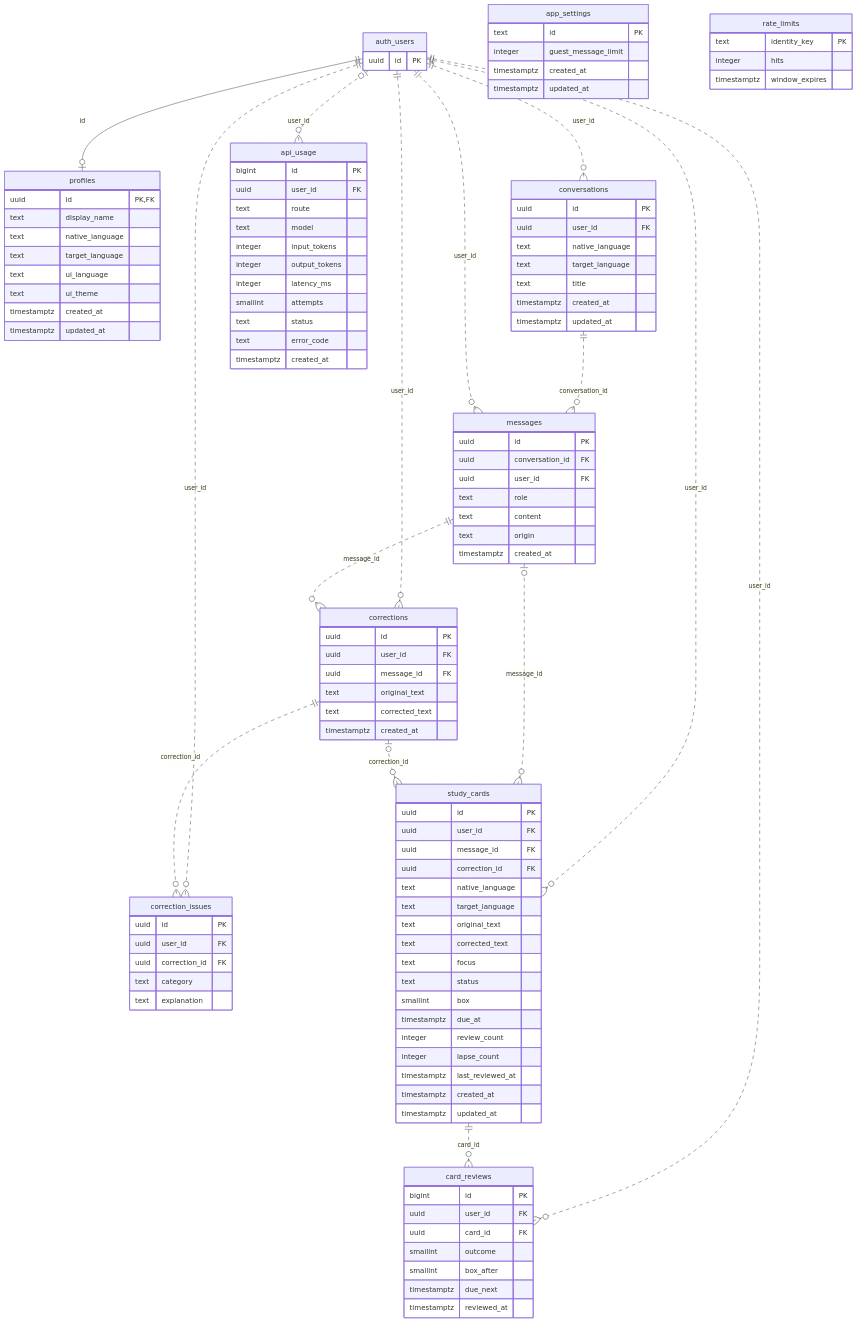
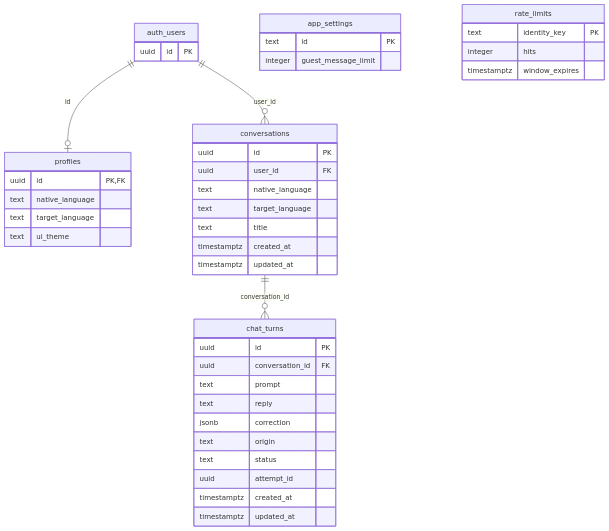
One commit to Yvesei/LangBot changed the sixth of 6 diagrams in README.md. Above: the diagram before and after it, drawn with Mermaid. The commit also changed other lines of this file and 24 other files, not shown here.

````diff
--- a/README.md
+++ b/README.md
@@ -259,25 +270,21 @@
     auth_users {
         uuid id PK
     }
-
+    profiles {
+        uuid id PK, FK
+        text native_language
+        text target_language
+        text ui_theme
+    }
     app_settings {
         text id PK
         integer guest_message_limit
-        timestamptz created_at
-        timestamptz updated_at
     }
-
-    profiles {
-        uuid id PK, FK
-        text display_name
-        text native_language
-        text target_language
-        text ui_language
-        text ui_theme
-        timestamptz created_at
-        timestamptz updated_at
+    rate_limits {
+        text identity_key PK
+        integer hits
+        timestamptz window_expires
     }
-
     conversations {
         uuid id PK
         uuid user_id FK
@@ -287,96 +294,19 @@
         timestamptz created_at
         timestamptz updated_at
     }
-
-    messages {
+    chat_turns {
         uuid id PK
         uuid conversation_id FK
-        uuid user_id FK
-        text role
-        text content
+        text prompt
+        text reply
+        jsonb correction
         text origin
-        timestamptz created_at
-    }
-
-    corrections {
-        uuid id PK
-        uuid user_id FK
-        uuid message_id FK
-        text original_text
-        text corrected_text
-        timestamptz created_at
-    }
-
-    correction_issues {
-        uuid id PK
-        uuid user_id FK
-        uuid correction_id FK
-        text category
-        text explanation
-    }
-
-    study_cards {
-        uuid id PK
-        uuid user_id FK
-        uuid message_id FK
-        uuid correction_id FK
-        text native_language
-        text target_language
-        text original_text
-        text corrected_text
-        text focus
         text status
-        smallint box
-        timestamptz due_at
-        integer review_count
-        integer lapse_count
-        timestamptz last_reviewed_at
+        uuid attempt_id
         timestamptz created_at
         timestamptz updated_at
     }
-
-    card_reviews {
-        bigint id PK
-        uuid user_id FK
-        uuid card_id FK
-        smallint outcome
-        smallint box_after
-        timestamptz due_next
-        timestamptz reviewed_at
-    }
-
-    rate_limits {
-        text identity_key PK
-        integer hits
-        timestamptz window_expires
-    }
-
-    api_usage {
-        bigint id PK
-        uuid user_id FK
-        text route
-        text model
-        integer input_tokens
-        integer output_tokens
-        integer latency_ms
-        smallint attempts
-        text status
-        text error_code
-        timestamptz created_at
-    }
-
     auth_users ||--o| profiles : id
-    auth_users ||..o{ conversations : user_id
-    conversations ||..o{ messages : conversation_id
-    auth_users ||..o{ messages : user_id
-    auth_users ||..o{ corrections : user_id
-    messages ||..o{ corrections : message_id
-    auth_users ||..o{ correction_issues : user_id
-    corrections ||..o{ correction_issues : correction_id
-    auth_users ||..o{ study_cards : user_id
-    messages |o..o{ study_cards : message_id
-    corrections |o..o{ study_cards : correction_id
-    auth_users ||..o{ card_reviews : user_id
-    study_cards ||..o{ card_reviews : card_id
-    auth_users |o..o{ api_usage : user_id
+    auth_users ||--o{ conversations : user_id
+    conversations ||--o{ chat_turns : conversation_id
 ```
````
